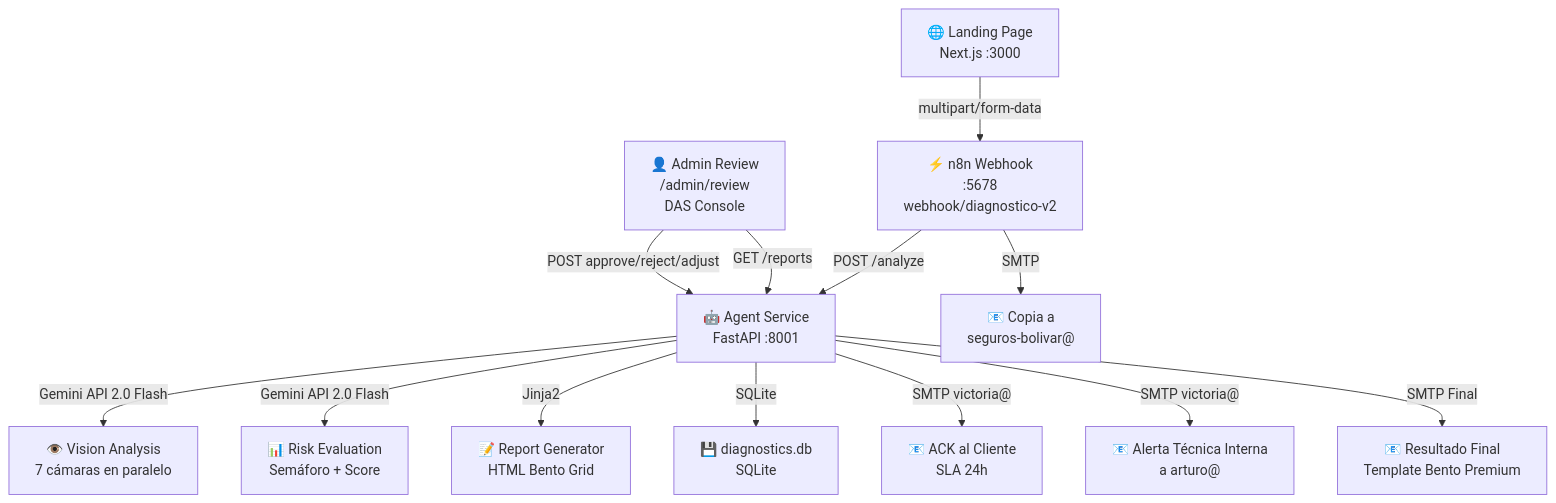
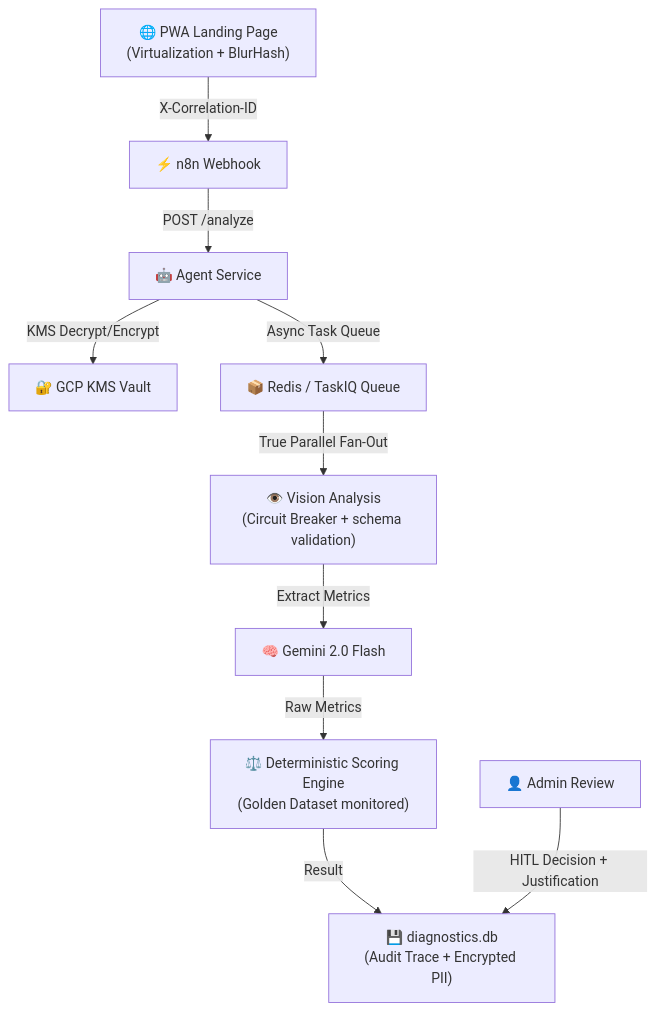
One commit to arturo393/dev-agents changed the diagram in projects/diagnostic-automation-suite/SDD_DAS.md. Above: the diagram before and after it, drawn with Mermaid. The commit also changed other lines of this file and 106 other files, not shown here.

Commit message:
feat: unify multi-tenant architecture, integrate uqomm project and consolidate shared skills/personas

````diff
--- a/projects/diagnostic-automation-suite/SDD_DAS.md
+++ b/projects/diagnostic-automation-suite/SDD_DAS.md
@@ -34,15 +34,12 @@
 ```mermaid
 graph TB
-    Client["🌐 Landing Page<br/>Next.js :3000"] -->|multipart/form-data| N8N["⚡ n8n Webhook<br/>:5678<br/>webhook/diagnostico-v2"]
-    N8N -->|POST /analyze| Agent["🤖 Agent Service<br/>FastAPI :8001"]
-    Agent -->|Gemini API 2.0 Flash| Vision["👁️ Vision Analysis<br/>7 cámaras en paralelo"]
-    Agent -->|Gemini API 2.0 Flash| Risk["📊 Risk Evaluation<br/>Semáforo + Score"]
-    Agent -->|Jinja2| Report["📝 Report Generator<br/>HTML Bento Grid"]
-    Agent -->|SQLite| DB["💾 diagnostics.db<br/>SQLite"]
-    Agent -->|SMTP victoria@| ACK["📧 ACK al Cliente<br/>SLA 24h"]
-    Agent -->|SMTP victoria@| Tech["📧 Alerta Técnica Interna<br/>a arturo@"]
-    Admin["👤 Admin Review<br/>/admin/review<br/>DAS Console"] -->|GET /reports| Agent
-    Admin -->|POST approve/reject/adjust| Agent
-    Agent -->|SMTP Final| ClientFinal["📧 Resultado Final<br/>Template Bento Premium"]
-    N8N -->|SMTP| SB["📧 Copia a<br/>seguros-bolivar@"]
+    Client["🌐 PWA Landing Page<br/>(Virtualization + BlurHash)"] -->|X-Correlation-ID| N8N["⚡ n8n Webhook"]
+    N8N -->|POST /analyze| Agent["🤖 Agent Service"]
+    Agent -->|KMS Decrypt/Encrypt| Secrets["🔐 GCP KMS Vault"]
+    Agent -->|Async Task Queue| Queue["📦 Redis / TaskIQ Queue"]
+    Queue -->|True Parallel Fan-Out| Vision["👁️ Vision Analysis<br/>(Circuit Breaker + schema validation)"]
+    Vision -->|Extract Metrics| LLM["🧠 Gemini 2.0 Flash"]
+    LLM -->|Raw Metrics| Math["⚖️ Deterministic Scoring Engine<br/>(Golden Dataset monitored)"]
+    Math -->|Result| DB["💾 diagnostics.db<br/>(Audit Trace + Encrypted PII)"]
+    Admin["👤 Admin Review"] -->|HITL Decision + Justification| DB
 ```
````
